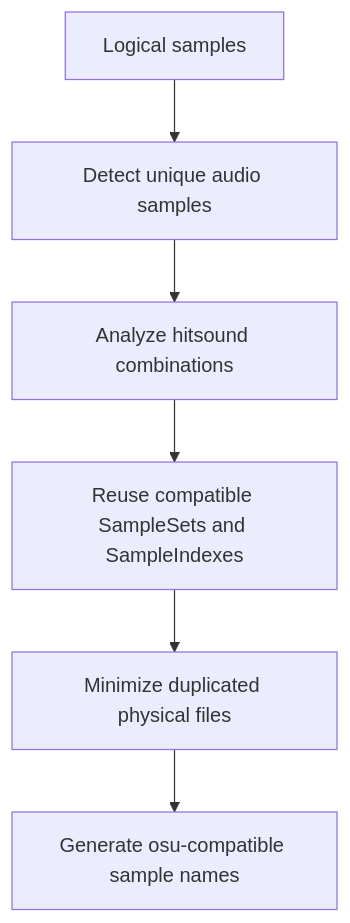
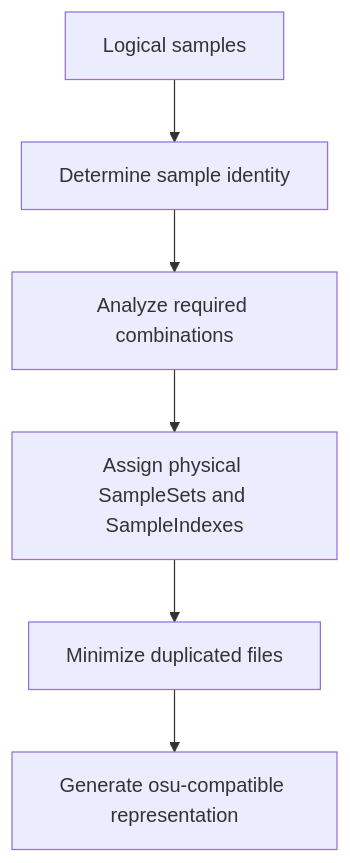
Diagram 11 of 11 in docs/architecture.md (FAJIFBEFJHA/osu-hitsound-editor), drawn with Mermaid before and after one commit. The commit also changed other lines of this file and 16 other files, not shown here.

````diff
--- a/docs/architecture.md
+++ b/docs/architecture.md
@@ -424,13 +892,9 @@
 ```mermaid
 flowchart TD
 
-    A[Logical samples] --> B[Detect unique audio samples]
-
-    B --> C[Analyze hitsound combinations]
-
-    C --> D[Reuse compatible SampleSets and SampleIndexes]
-
-    D --> E[Minimize duplicated physical files]
-
-    E --> F[Generate osu-compatible sample names]
+    A[Logical samples] --> B[Determine sample identity]
+    B --> C[Analyze required combinations]
+    C --> D[Assign physical SampleSets and SampleIndexes]
+    D --> E[Minimize duplicated files]
+    E --> F[Generate osu-compatible representation]
 ```
````
